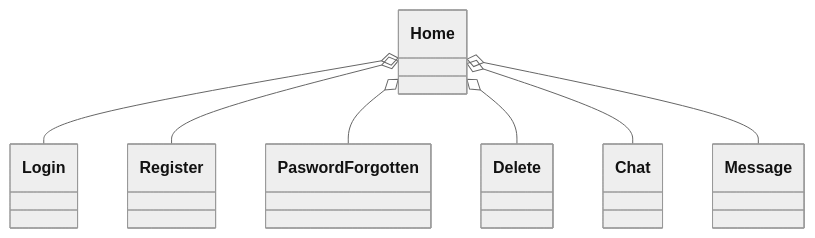
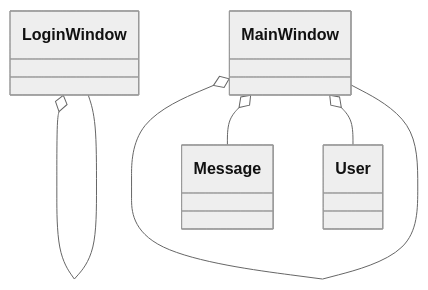
One commit to sebastiankrallinger/4POS_Semesterprojekt changed the second of 3 diagrams in README.md. Above: the diagram before and after it, drawn with Mermaid (neutral theme). The commit also changed other lines of this file and 11 other files, not shown here.

````diff
--- a/README.md
+++ b/README.md
@@ -272,9 +273,7 @@
 ```mermaid
 classDiagram
-  Home o-- Login
-  Home o-- Register
-  Home o-- PaswordForgotten
-  Home o-- Delete
-  Home o-- Chat
-  Home o-- Message
+  LoginWindow o-- LoginWindow
+  MainWindow o-- MainWindow
+  MainWindow o-- Message
+  MainWindow o-- User
 ```
````
